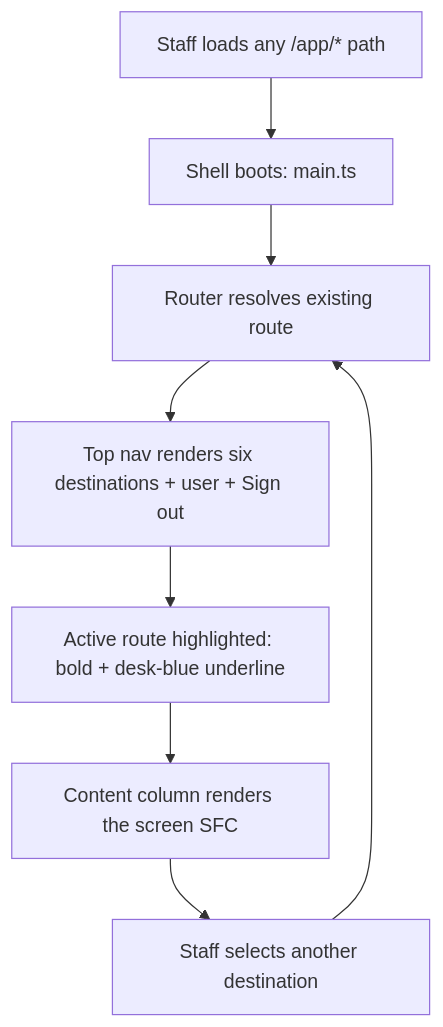
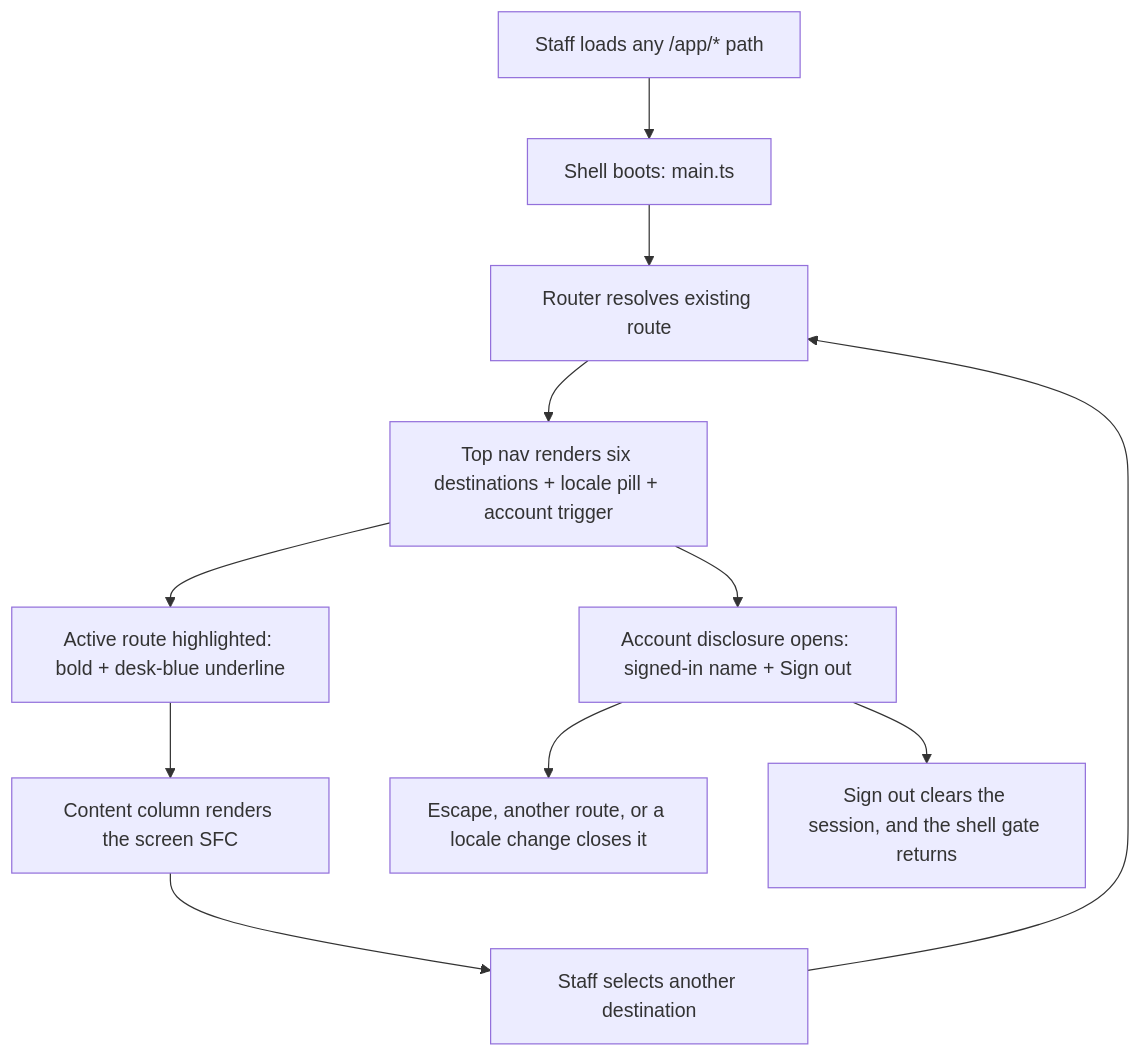
Before and after one commit to MingChen1501/hotel-mgmt: the fifth of 20 diagrams in docs/architecture/lld.md, drawn with Mermaid. The commit also changed other lines of this file and 21 other files, not shown here.

````diff
--- a/docs/architecture/lld.md
+++ b/docs/architecture/lld.md
@@ -702,10 +702,13 @@
 ```mermaid
 flowchart TD
     A[Staff loads any /app/* path] --> B[Shell boots: main.ts]
     B --> C[Router resolves existing route]
-    C --> D[Top nav renders six destinations + user + Sign out]
+    C --> D[Top nav renders six destinations + locale pill + account trigger]
     D --> E[Active route highlighted: bold + desk-blue underline]
     E --> F[Content column renders the screen SFC]
     F --> G[Staff selects another destination]
     G --> C
+    D --> H[Account disclosure opens: signed-in name + Sign out]
+    H --> I[Escape, another route, or a locale change closes it]
+    H --> J[Sign out clears the session, and the shell gate returns]
 ```
````
